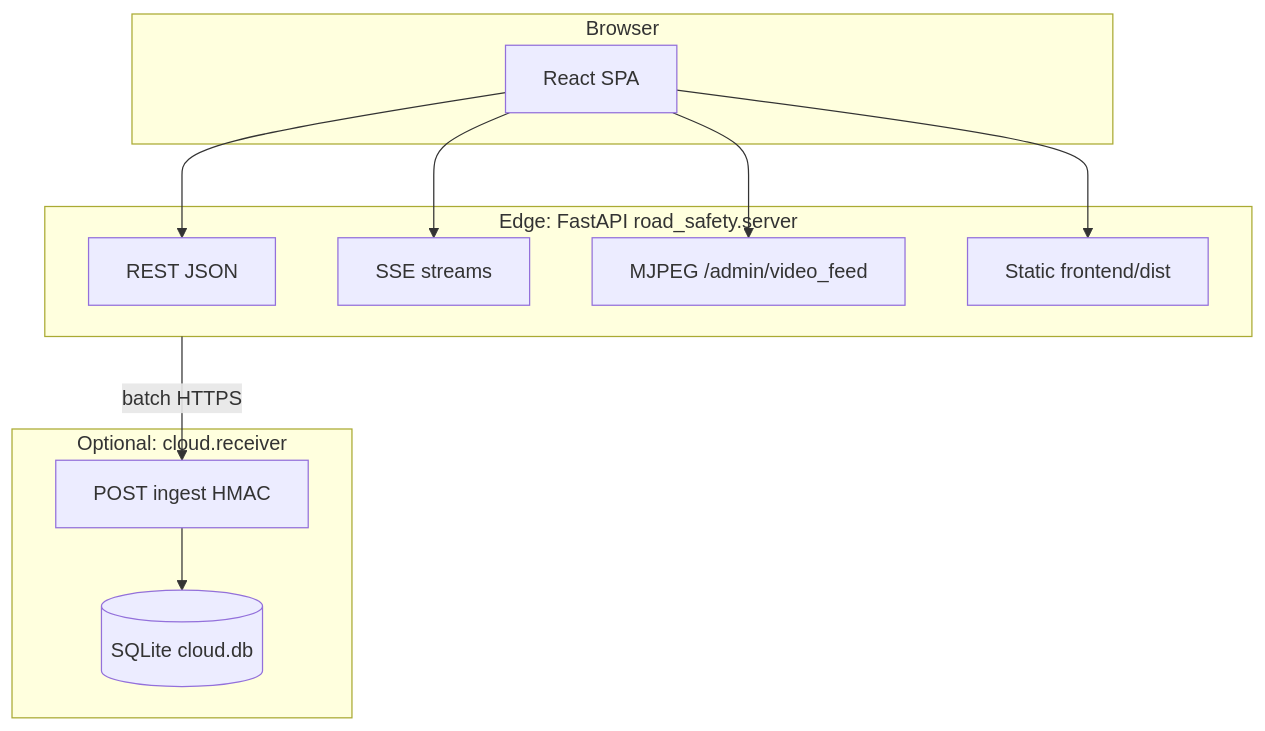
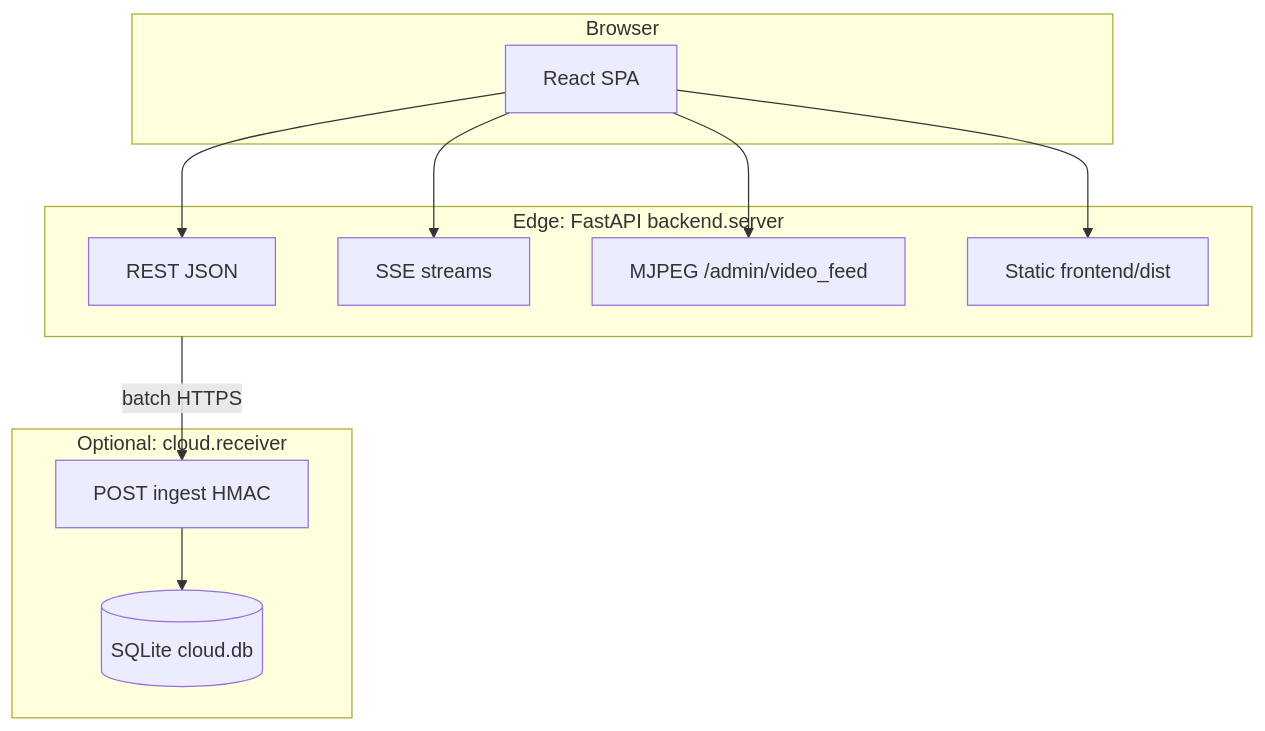
The first of 4 diagrams in docs/integration-infrastructure.md (Androkzn/road-camera-safety-monitoring), drawn with Mermaid before and after one commit. The commit also changed other lines of this file and 119 other files, not shown here.

````diff
--- a/docs/integration-infrastructure.md
+++ b/docs/integration-infrastructure.md
@@ -9,22 +9,22 @@
 ```mermaid
 flowchart TB
   subgraph browser["Browser"]
     SPA[React SPA]
   end
-  subgraph edge["Edge: FastAPI road_safety.server"]
+  subgraph edge["Edge: FastAPI backend.server"]
     REST[REST JSON]
     SSE[SSE streams]
     MJPEG[MJPEG /admin/video_feed]
     STATIC[Static frontend/dist]
   end
   subgraph cloud["Optional: cloud.receiver"]
     INGEST[POST ingest HMAC]
     DB[(SQLite cloud.db)]
   end
   SPA --> STATIC
   SPA --> REST
   SPA --> SSE
   SPA --> MJPEG
   edge -->|batch HTTPS| INGEST
   INGEST --> DB
 ```
````
